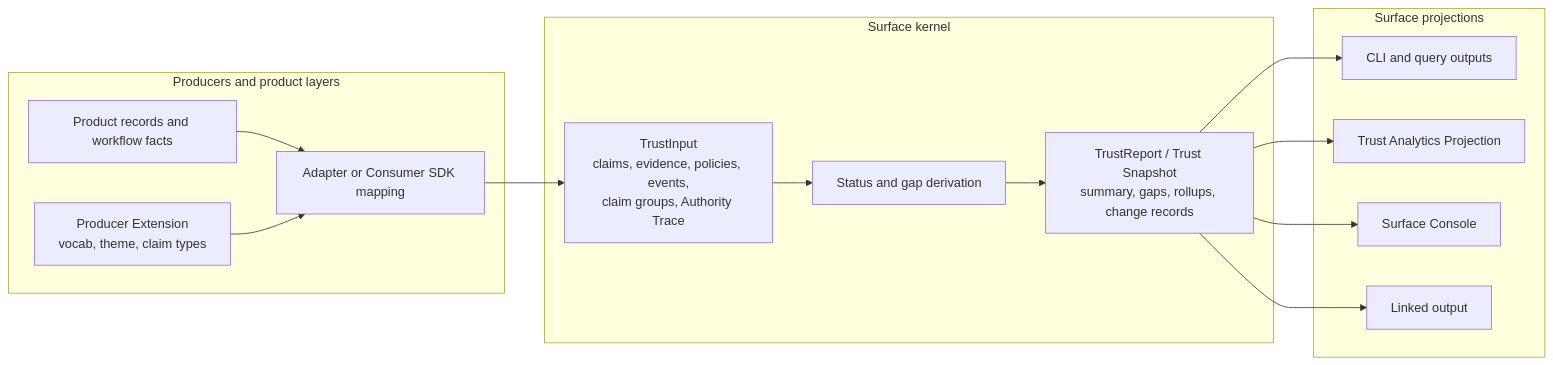
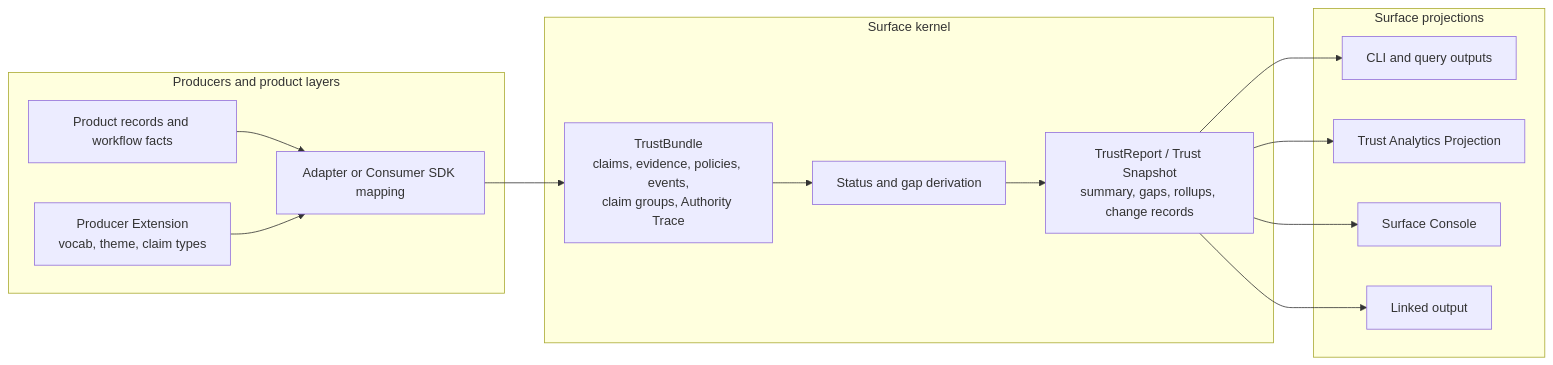
The first of 3 diagrams in docs/architecture/developer-architecture.md (kontourai/surface), drawn with Mermaid before and after one commit. The commit also changed other lines of this file and 71 other files, not shown here.

First line of the commit message:
Trust Bundle: hard rename of TrustInput + Inquiry primitive (ADR 0002/0003)

````diff
--- a/docs/architecture/developer-architecture.md
+++ b/docs/architecture/developer-architecture.md
@@ -24,31 +24,31 @@
 ```mermaid
 flowchart LR
   subgraph Producers["Producers and product layers"]
     Product["Product records and workflow facts"]
     Adapter["Adapter or Consumer SDK mapping"]
     Extension["Producer Extension\nvocab, theme, claim types"]
   end
 
   subgraph Kernel["Surface kernel"]
-    TrustInput["TrustInput\nclaims, evidence, policies, events,\nclaim groups, Authority Trace"]
+    TrustBundle["TrustBundle\nclaims, evidence, policies, events,\nclaim groups, Authority Trace"]
     Derivation["Status and gap derivation"]
     TrustReport["TrustReport / Trust Snapshot\nsummary, gaps, rollups, change records"]
   end
 
   subgraph Projections["Surface projections"]
     CLI["CLI and query outputs"]
     Analytics["Trust Analytics Projection"]
     Console["Surface Console"]
     Linked["Linked output"]
   end
 
   Product --> Adapter
   Extension --> Adapter
-  Adapter --> TrustInput
-  TrustInput --> Derivation
+  Adapter --> TrustBundle
+  TrustBundle --> Derivation
   Derivation --> TrustReport
   TrustReport --> CLI
   TrustReport --> Analytics
   TrustReport --> Console
   TrustReport --> Linked
 ```
````
